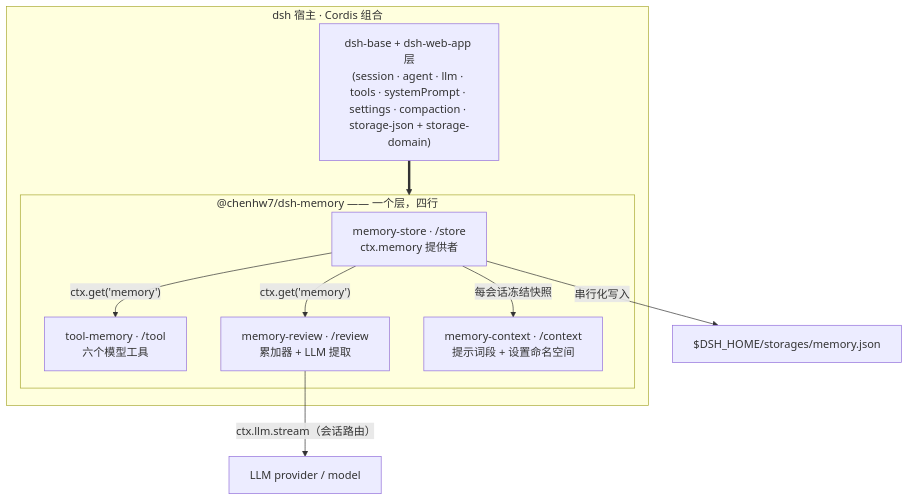
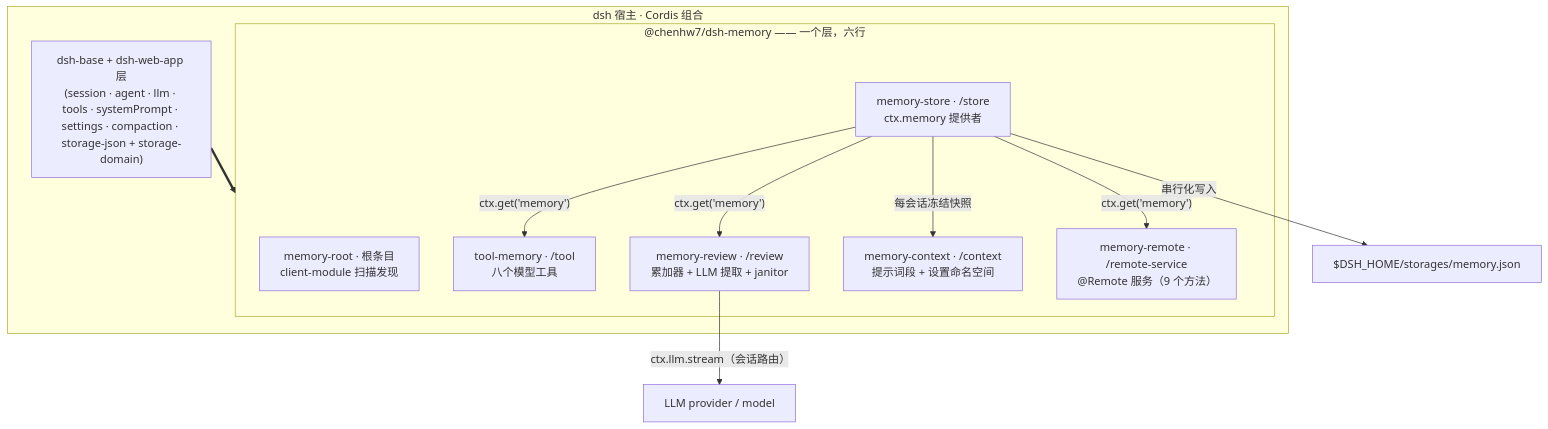
Before and after one commit to chenhw7/dsh-memory: the first of 3 diagrams in docs/TECH_DESIGN.zh-CN.md, drawn with Mermaid. The commit also changed other lines of this file and 8 other files, not shown here.

````diff
--- a/docs/TECH_DESIGN.zh-CN.md
+++ b/docs/TECH_DESIGN.zh-CN.md
@@ -96,18 +95,21 @@
 ```mermaid
 flowchart TB
   subgraph host["dsh 宿主 · Cordis 组合"]
     base["dsh-base + dsh-web-app 层<br/>(session · agent · llm · tools · systemPrompt · settings · compaction · storage-json + storage-domain)"]
-    subgraph bundle["@chenhw7/dsh-memory —— 一个层，四行"]
+    subgraph bundle["@chenhw7/dsh-memory —— 一个层，六行"]
+      root["memory-root · 根条目<br/>client-module 扫描发现"]
       store["memory-store · /store<br/>ctx.memory 提供者"]
-      tool["tool-memory · /tool<br/>六个模型工具"]
-      review["memory-review · /review<br/>累加器 + LLM 提取"]
+      tool["tool-memory · /tool<br/>八个模型工具"]
+      review["memory-review · /review<br/>累加器 + LLM 提取 + janitor"]
       context["memory-context · /context<br/>提示词段 + 设置命名空间"]
+      remote["memory-remote · /remote-service<br/>@Remote 服务（9 个方法）"]
     end
   end
   base ==> bundle
   store -- "ctx.get('memory')" --> tool
   store -- "ctx.get('memory')" --> review
   store -- "每会话冻结快照" --> context
+  store -- "ctx.get('memory')" --> remote
   review -- "ctx.llm.stream（会话路由）" --> llm["LLM provider / model"]
   store -- "串行化写入" --> json["$DSH_HOME/storages/memory.json"]
 ```
````
